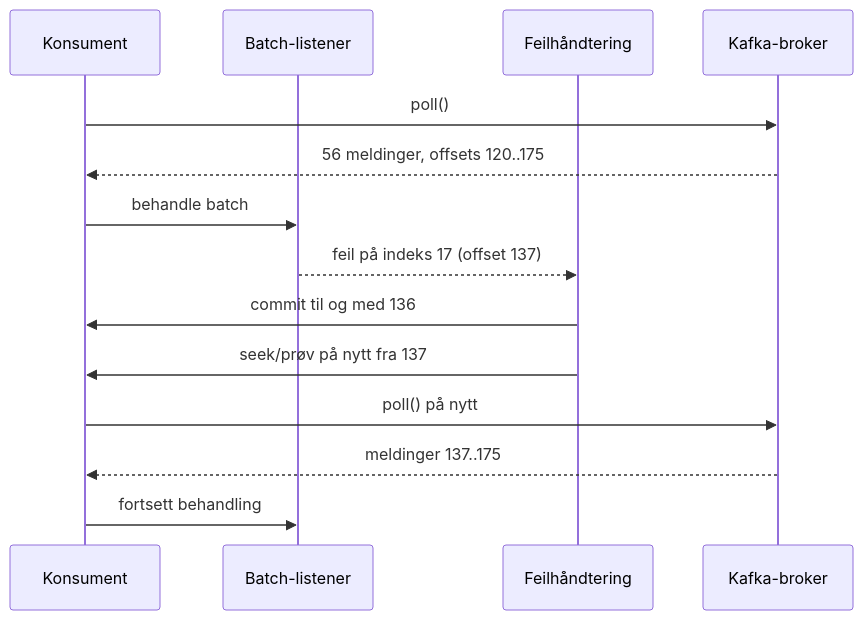
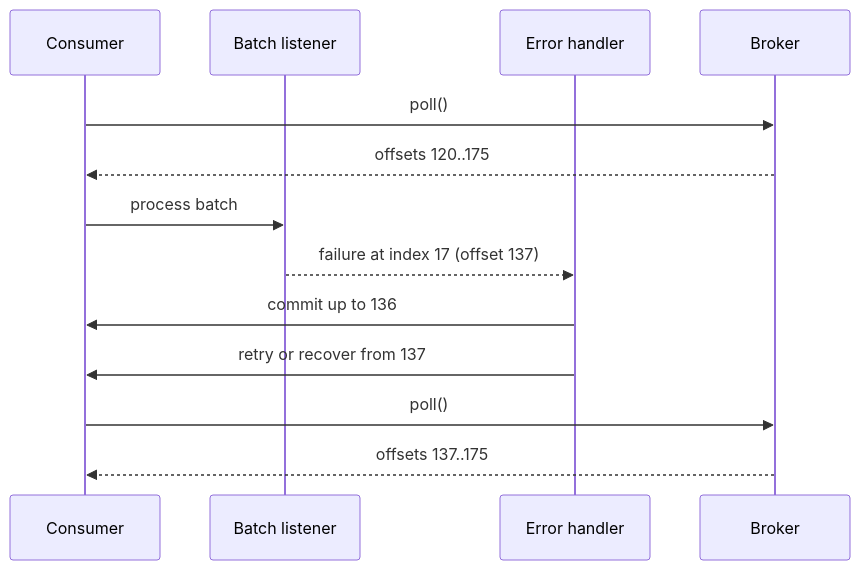
One commit to FINTLabs/fint-kafka changed the second of 2 diagrams in README.md. Above: the diagram before and after it, drawn with Mermaid. The commit also changed other lines of this file, not shown here.

Commit message:
docs: rewrite README in English and remove general Kafka theory

````diff
--- a/README.md
+++ b/README.md
@@ -623,17 +335,16 @@
 ```mermaid
 sequenceDiagram
-    participant C as Konsument
-    participant L as Batch-listener
-    participant EH as Feilhåndtering
-    participant B as Kafka-broker
+    participant C as Consumer
+    participant L as Batch listener
+    participant EH as Error handler
+    participant B as Broker
 
     C->>B: poll()
-    B-->>C: 56 meldinger, offsets 120..175
-    C->>L: behandle batch
-    L-->>EH: feil på indeks 17 (offset 137)
-    EH->>C: commit til og med 136
-    EH->>C: seek/prøv på nytt fra 137
-    C->>B: poll() på nytt
-    B-->>C: meldinger 137..175
-    C->>L: fortsett behandling
+    B-->>C: offsets 120..175
+    C->>L: process batch
+    L-->>EH: failure at index 17 (offset 137)
+    EH->>C: commit up to 136
+    EH->>C: retry or recover from 137
+    C->>B: poll()
+    B-->>C: offsets 137..175
 ```
````
